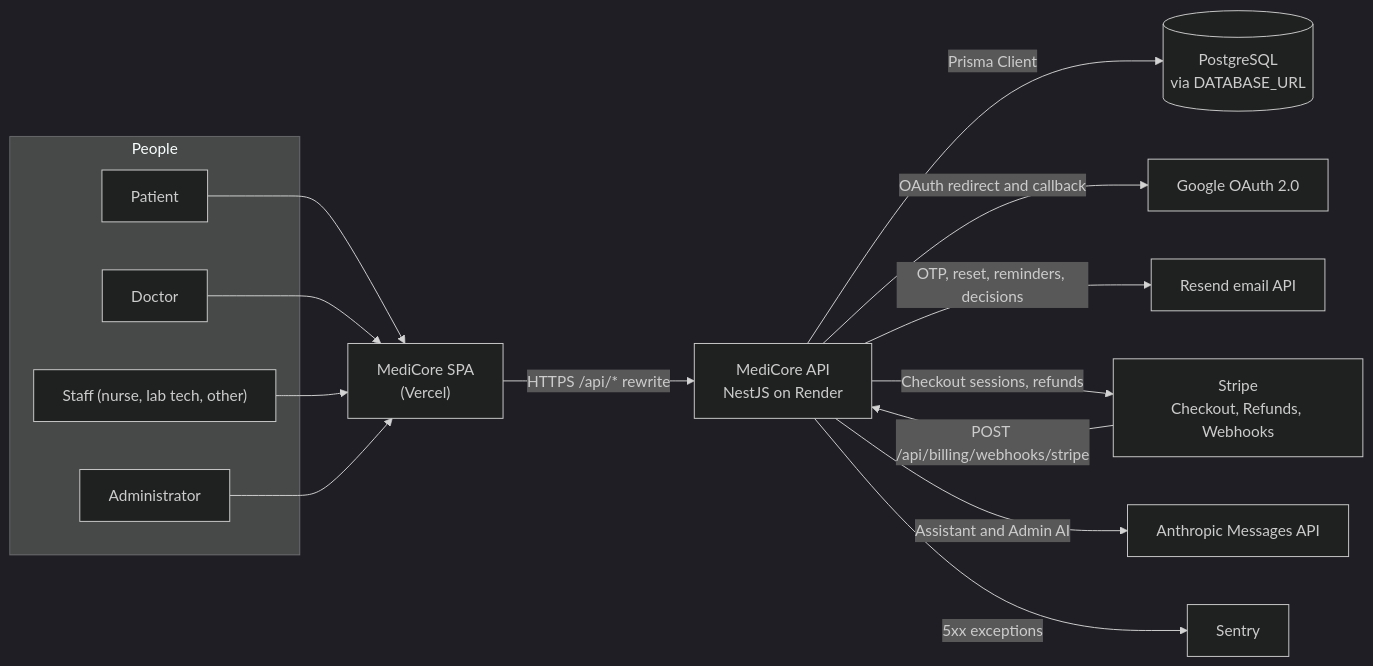
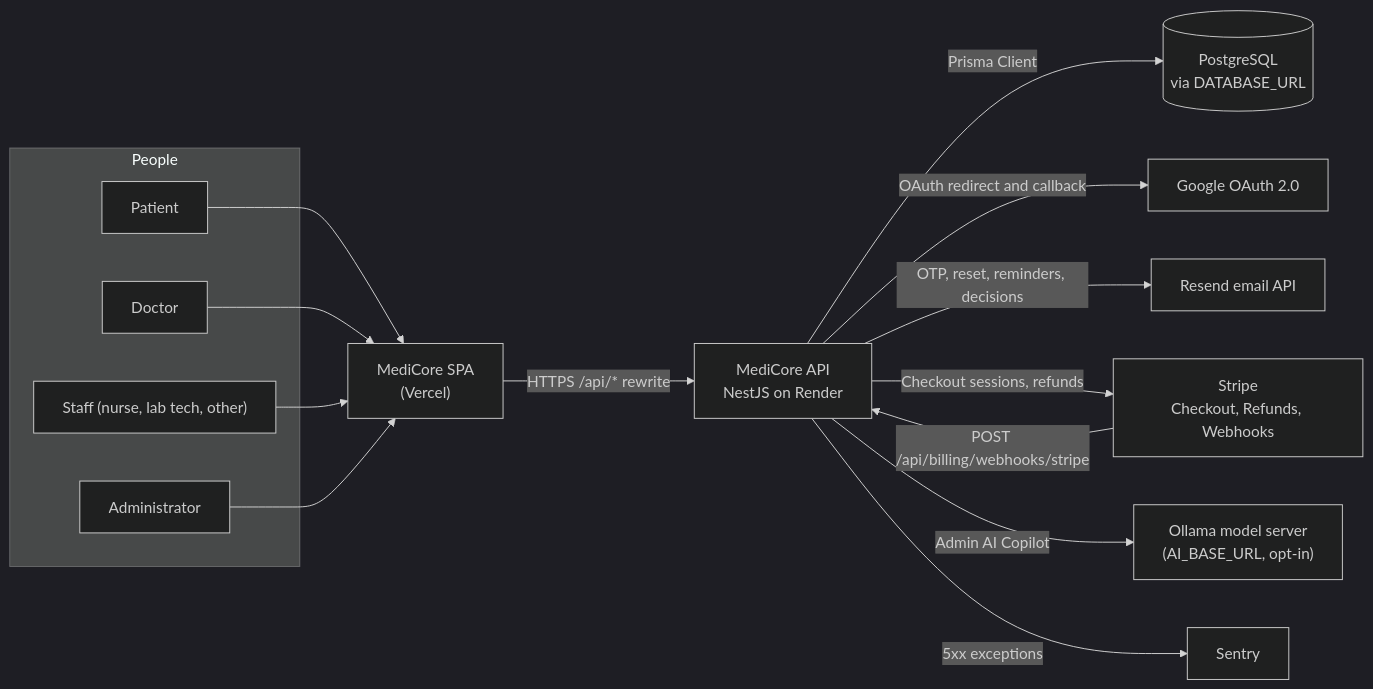
Before and after one commit to muhammadhamd56-cloud/hospital-management-system: the first of 38 diagrams in backend/api/ARCHITECTURE.md, drawn with Mermaid (dark theme). The commit also changed other lines of this file and 13 other files, not shown here.

First line of the commit message:
docs: document the Ollama-based Admin AI and correct stale architecture gaps

````diff
--- a/backend/api/ARCHITECTURE.md
+++ b/backend/api/ARCHITECTURE.md
@@ -161,32 +160,32 @@
 ```mermaid
 flowchart LR
   subgraph Users["People"]
     Patient["Patient"]
     Doctor["Doctor"]
     Staff["Staff (nurse, lab tech, other)"]
     Admin["Administrator"]
   end
 
   Frontend["MediCore SPA<br/>(Vercel)"]
   API["MediCore API<br/>NestJS on Render"]
   DB[("PostgreSQL<br/>via DATABASE_URL")]
 
   Google["Google OAuth 2.0"]
   Resend["Resend email API"]
   Stripe["Stripe<br/>Checkout, Refunds, Webhooks"]
-  Anthropic["Anthropic Messages API"]
+  Ollama["Ollama model server<br/>(AI_BASE_URL, opt-in)"]
   Sentry["Sentry"]
 
   Patient --> Frontend
   Doctor --> Frontend
   Staff --> Frontend
   Admin --> Frontend
   Frontend -->|"HTTPS /api/* rewrite"| API
   API -->|"Prisma Client"| DB
   API -->|"OAuth redirect and callback"| Google
   API -->|"OTP, reset, reminders, decisions"| Resend
   API -->|"Checkout sessions, refunds"| Stripe
   Stripe -->|"POST /api/billing/webhooks/stripe"| API
-  API -->|"Assistant and Admin AI"| Anthropic
+  API -->|"Admin AI Copilot"| Ollama
   API -->|"5xx exceptions"| Sentry
 ```
````
